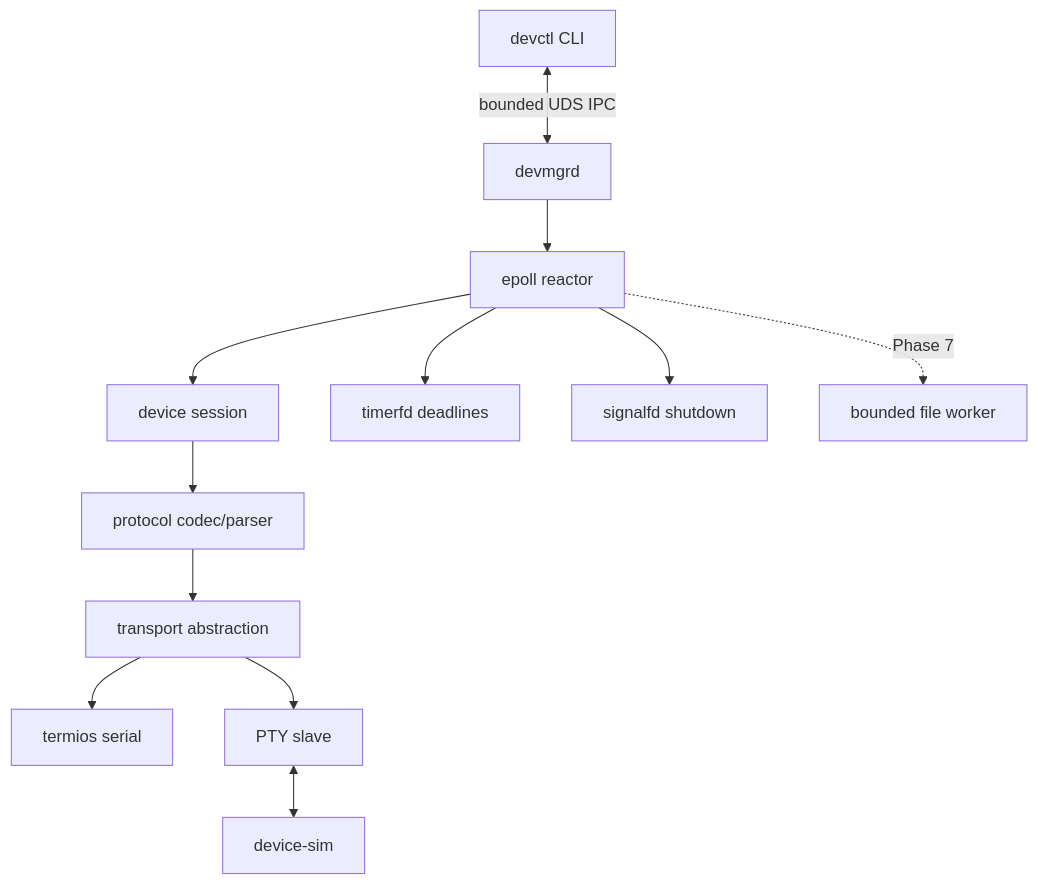
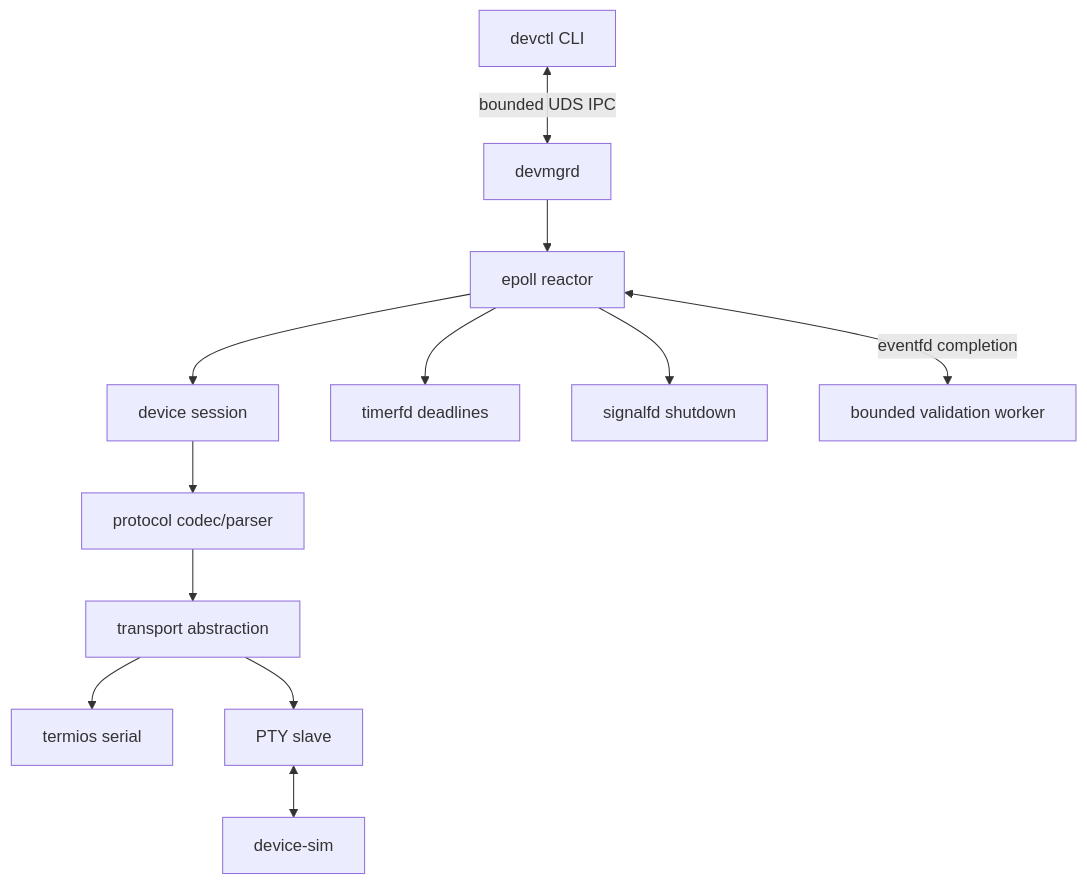
The diagram in docs/architecture.md (xuan511/linux-device-manager), drawn with Mermaid before and after one commit. The commit also changed other lines of this file and 25 other files, not shown here.

````diff
--- a/docs/architecture.md
+++ b/docs/architecture.md
@@ -3,14 +3,14 @@
 ```mermaid
 flowchart TD
     CLI[devctl CLI] <-->|bounded UDS IPC| D[devmgrd]
     D --> R[epoll reactor]
     R --> S[device session]
     S --> P[protocol codec/parser]
     P --> T[transport abstraction]
     T --> UART[termios serial]
     T --> PTY[PTY slave]
     PTY <--> SIM[device-sim]
     R --> TF[timerfd deadlines]
     R --> SF[signalfd shutdown]
-    R -. Phase 7 .-> W[bounded file worker]
+    R <-->|eventfd completion| W[bounded validation worker]
 ```
````
